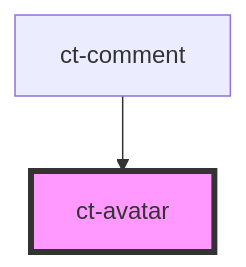
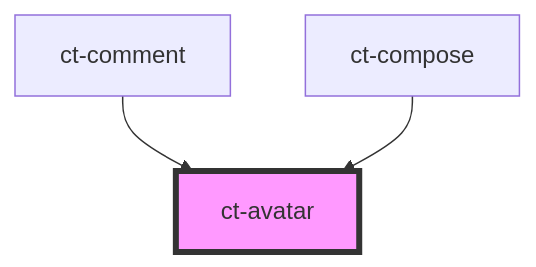
The diagram in src/components/avatar/readme.md (netguru/commentable-js), drawn with Mermaid before and after one commit. The commit also changed other lines of this file and 39 other files, not shown here.

````diff
--- a/src/components/avatar/readme.md
+++ b/src/components/avatar/readme.md
@@ -23,5 +24,6 @@
 ```mermaid
 graph TD;
   ct-comment --> ct-avatar
+  ct-compose --> ct-avatar
   style ct-avatar fill:#f9f,stroke:#333,stroke-width:4px
 ```
````
